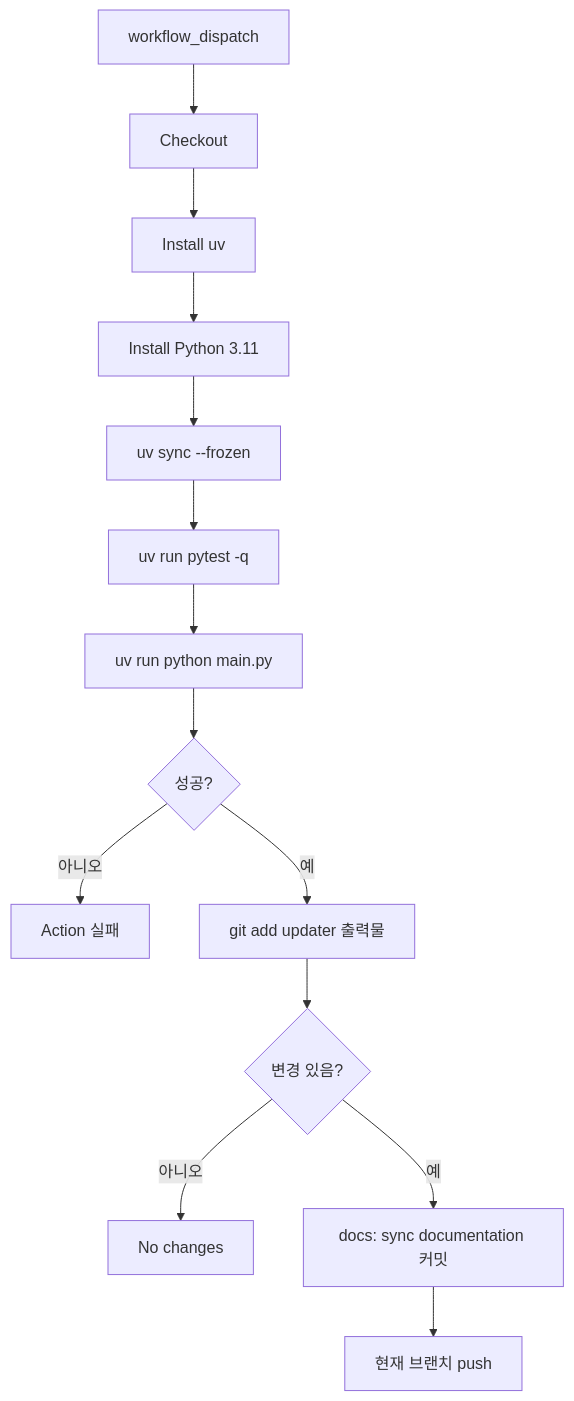
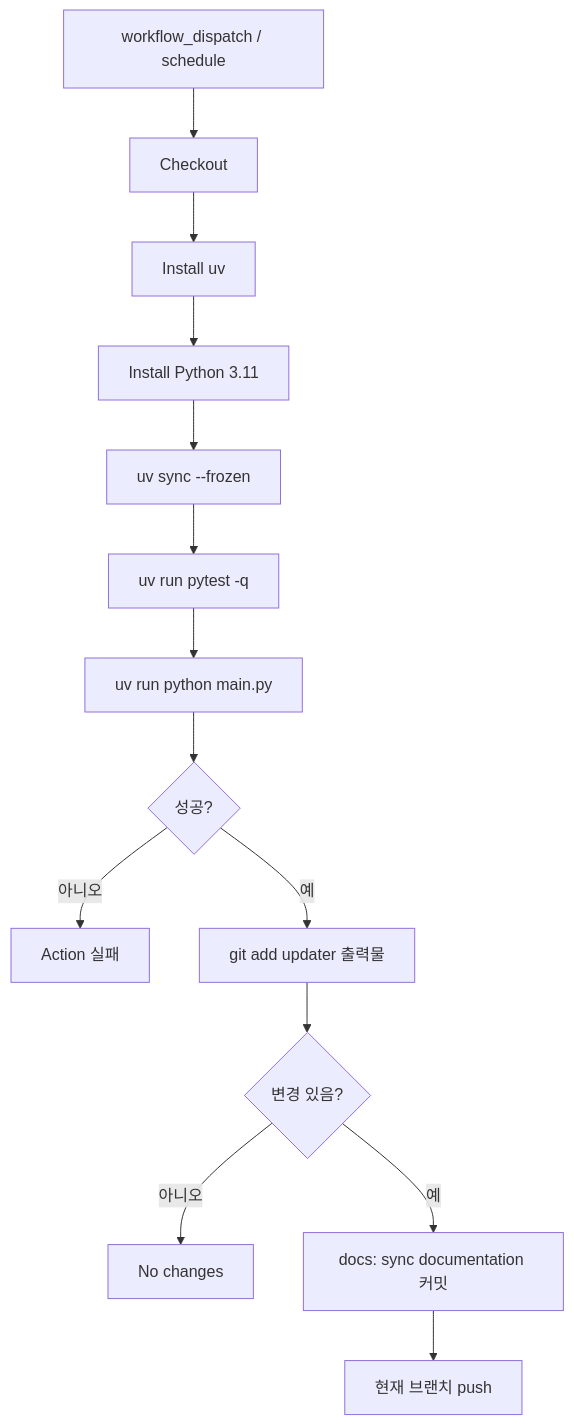
The diagram in .github/docs-updater/.ai-context/workflow.md (letsescape/laravel-docs), drawn with Mermaid before and after one commit. The commit also changed other lines of this file and 2 other files, not shown here.

````diff
--- a/.github/docs-updater/.ai-context/workflow.md
+++ b/.github/docs-updater/.ai-context/workflow.md
@@ -108,16 +40,16 @@
 ```mermaid
 flowchart TD
-    A[workflow_dispatch] --> B[Checkout]
+    A[workflow_dispatch / schedule] --> B[Checkout]
     B --> C[Install uv]
     C --> D[Install Python 3.11]
     D --> E[uv sync --frozen]
     E --> F[uv run pytest -q]
     F --> G[uv run python main.py]
     G --> H{성공?}
     H -- 아니오 --> X[Action 실패]
     H -- 예 --> I[git add updater 출력물]
     I --> J{변경 있음?}
     J -- 아니오 --> K[No changes]
     J -- 예 --> L[docs: sync documentation 커밋]
     L --> M[현재 브랜치 push]
 ```
````
